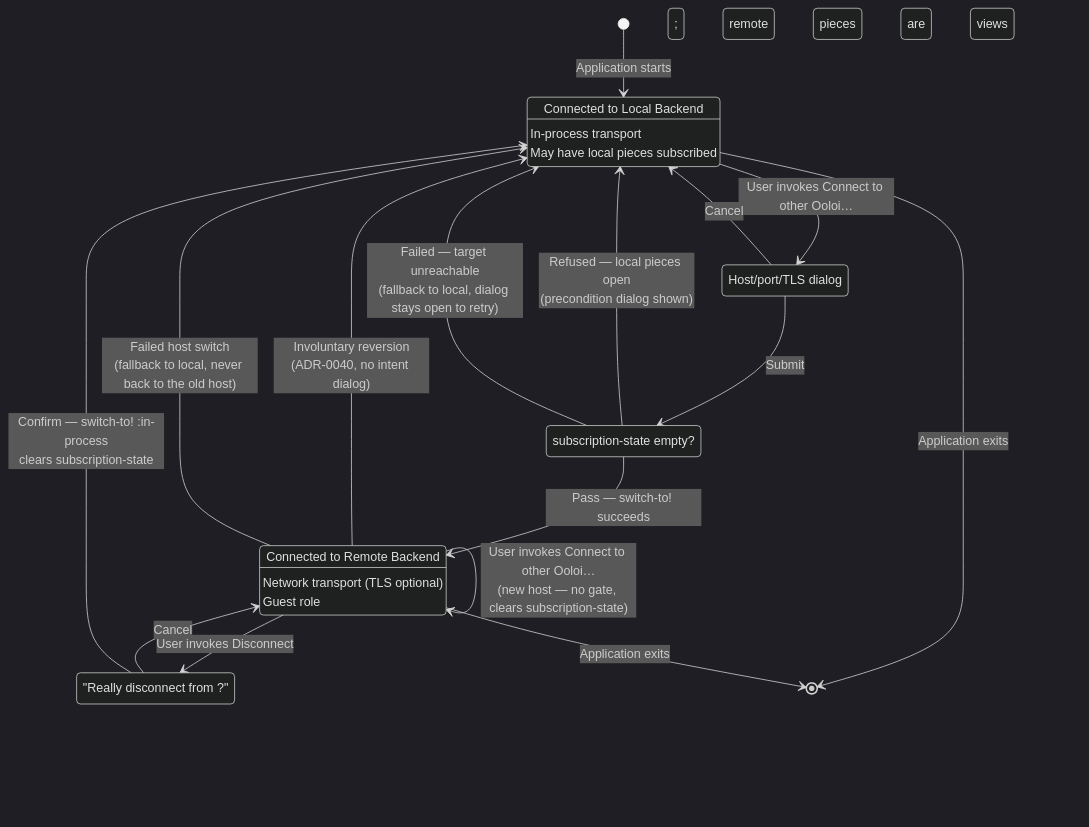
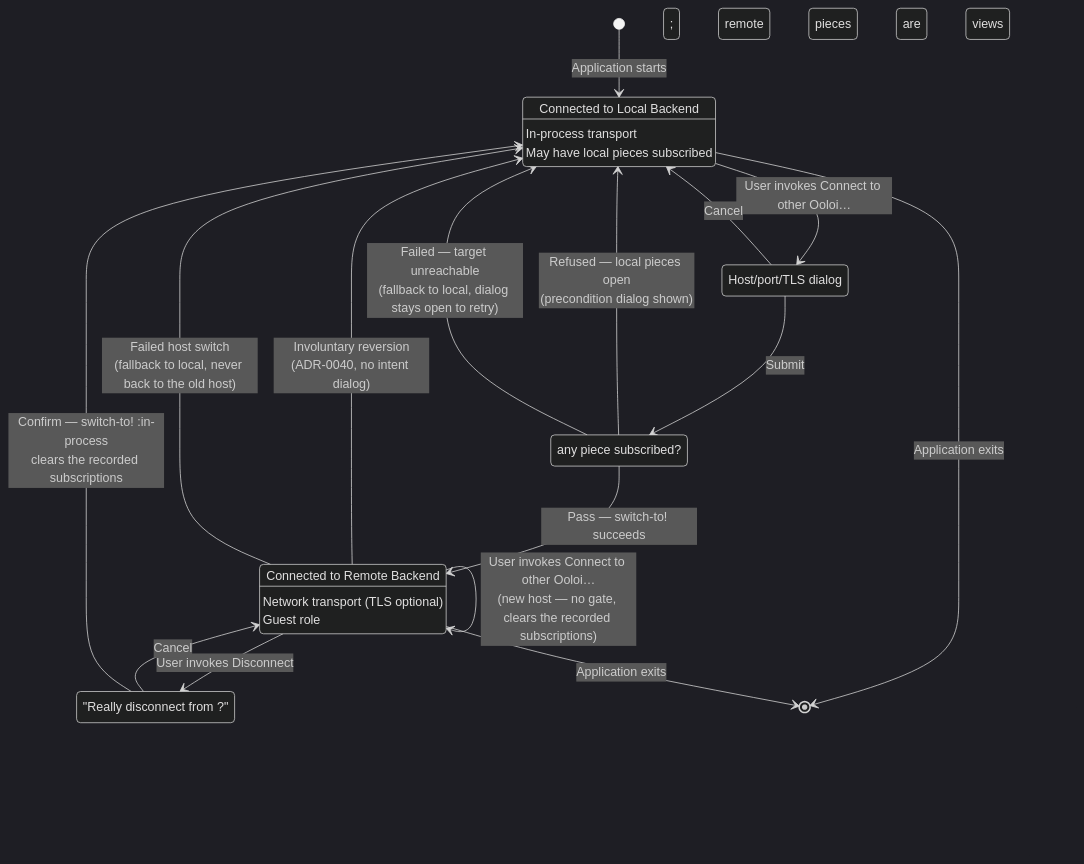
Before and after one commit to PeterBengtson/Ooloi-docs: the second of 3 diagrams in ADRs/0036-Collaborative-Sessions-and-Hybrid-Transport.md, drawn with Mermaid (dark theme). The commit also changed other lines of this file and 2 other files, not shown here.

````diff
--- a/ADRs/0036-Collaborative-Sessions-and-Hybrid-Transport.md
+++ b/ADRs/0036-Collaborative-Sessions-and-Hybrid-Transport.md
@@ -293,37 +293,37 @@
 ```mermaid
 stateDiagram-v2
     [*] --> LocalWork: Application starts
     LocalWork: Connected to Local Backend
     LocalWork: In-process transport
     LocalWork: May have local pieces subscribed
 
     LocalWork --> ConnectIntent: User invokes Connect to other Ooloi…
     ConnectIntent: Host/port/TLS dialog
     ConnectIntent --> LocalWork: Cancel
 
     ConnectIntent --> OutboundGate: Submit
-    OutboundGate: subscription-state empty?
+    OutboundGate: any piece subscribed?
 
     OutboundGate --> LocalWork: Refused — local pieces open<br/>(precondition dialog shown)
     OutboundGate --> LocalWork: Failed — target unreachable<br/>(fallback to local, dialog stays open to retry)
     OutboundGate --> RemoteCollaboration: Pass — switch-to! succeeds
 
     RemoteCollaboration: Connected to Remote Backend
     RemoteCollaboration: Network transport (TLS optional)
     RemoteCollaboration: Guest role; remote pieces are views
 
     RemoteCollaboration --> DisconnectIntent: User invokes Disconnect
     DisconnectIntent: "Really disconnect from <host>?"
     DisconnectIntent --> RemoteCollaboration: Cancel
 
-    DisconnectIntent --> LocalWork: Confirm — switch-to! :in-process<br/>clears subscription-state
+    DisconnectIntent --> LocalWork: Confirm — switch-to! :in-process<br/>clears the recorded subscriptions
 
     RemoteCollaboration --> LocalWork: Involuntary reversion<br/>(ADR-0040, no intent dialog)
 
-    RemoteCollaboration --> RemoteCollaboration: User invokes Connect to other Ooloi…<br/>(new host — no gate, clears subscription-state)
+    RemoteCollaboration --> RemoteCollaboration: User invokes Connect to other Ooloi…<br/>(new host — no gate, clears the recorded subscriptions)
 
     RemoteCollaboration --> LocalWork: Failed host switch<br/>(fallback to local, never back to the old host)
 
     LocalWork --> [*]: Application exits
     RemoteCollaboration --> [*]: Application exits
 ```
````
